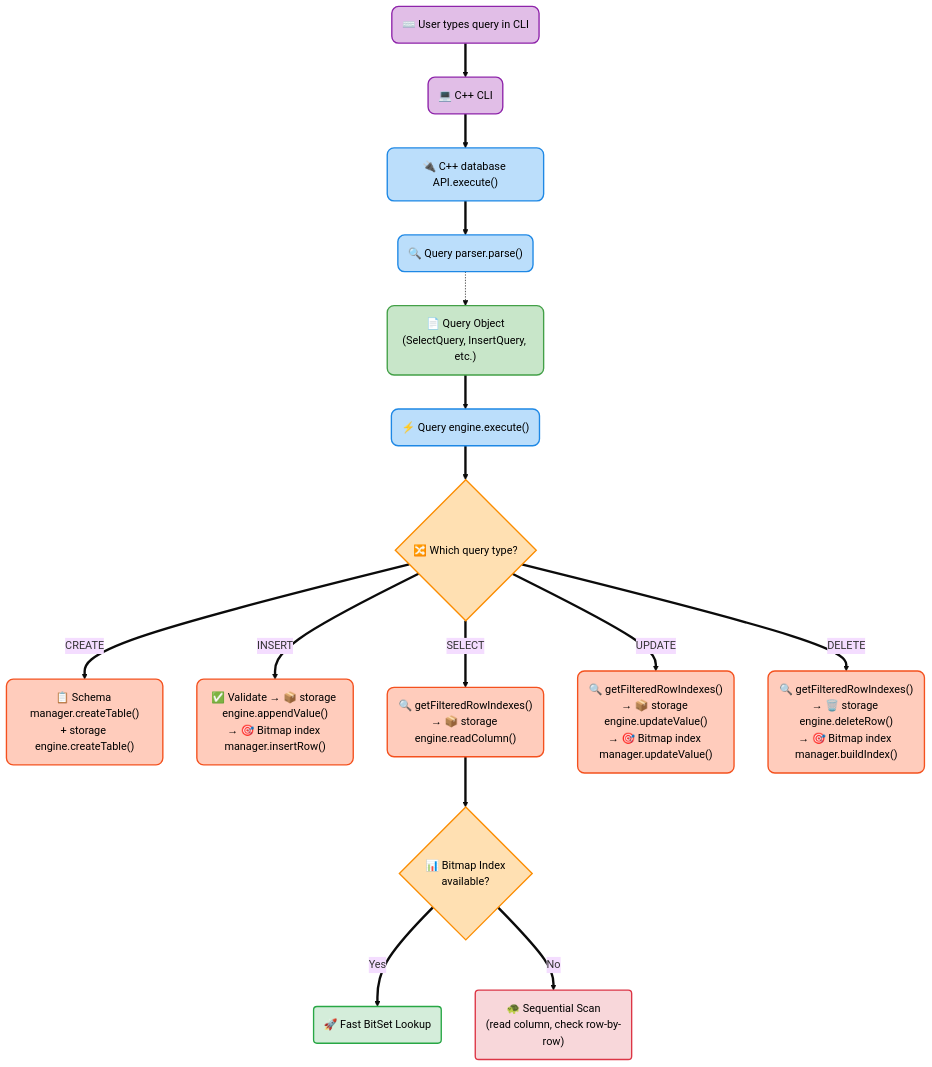
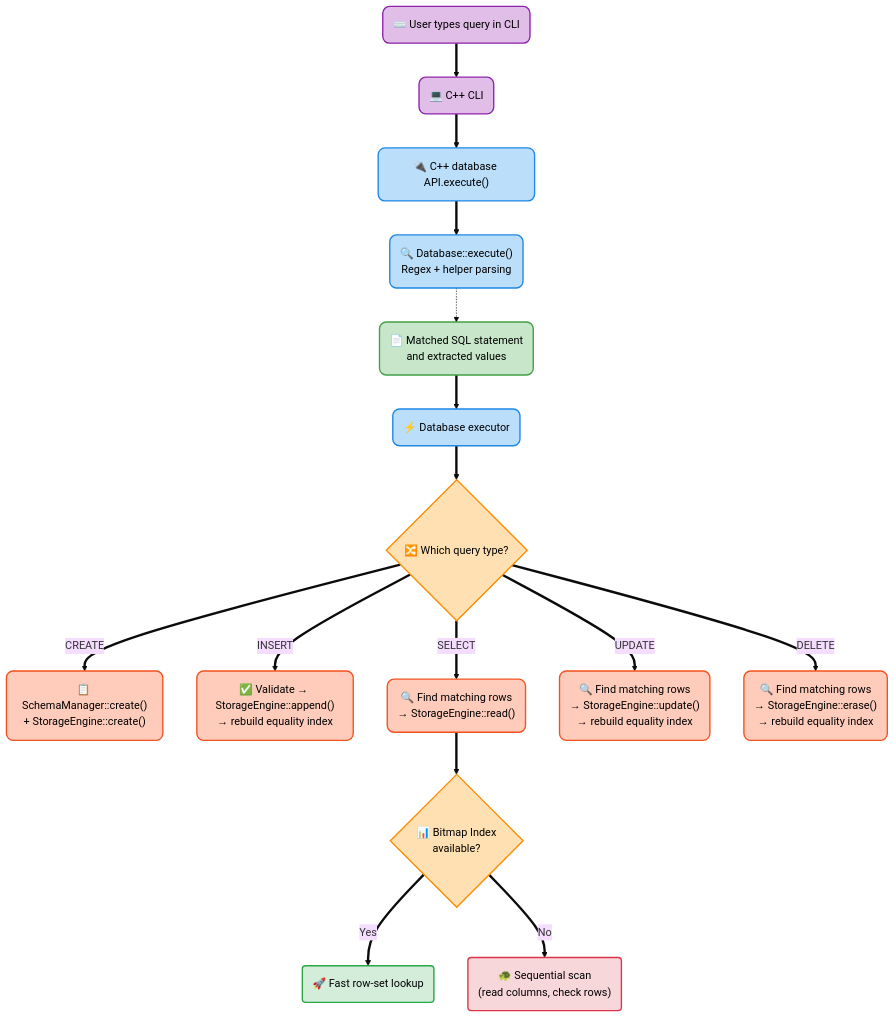
The third of 10 diagrams in README.md (JILSPATEL/Column-Store-Data-Storage-System), drawn with Mermaid (base theme) before and after one commit. The commit also changed other lines of this file and 4 other files, not shown here.

Commit message:
Add pluggable storage engine API

````diff
--- a/README.md
+++ b/README.md
@@ -178,29 +369,29 @@
 ```mermaid
 flowchart TD
     %% Styling
     classDef input fill:#e1bee7,stroke:#8e24aa,stroke-width:2px,color:#000,rx:10,ry:10
     classDef core fill:#bbdefb,stroke:#1e88e5,stroke-width:2px,color:#000,rx:10,ry:10
     classDef query fill:#c8e6c9,stroke:#43a047,stroke-width:2px,color:#000,rx:10,ry:10
     classDef branch fill:#ffe0b2,stroke:#fb8c00,stroke-width:2px,color:#000,rx:10,ry:10
     classDef action fill:#ffccbc,stroke:#f4511e,stroke-width:2px,color:#000,rx:10,ry:10
     classDef success fill:#d4edda,stroke:#28a745,stroke-width:2px,color:#000,rx:5,ry:5
     classDef slow fill:#f8d7da,stroke:#dc3545,stroke-width:2px,color:#000,rx:5,ry:5
 
     A("⌨️ User types query in CLI"):::input ==> B("💻 C++ CLI"):::input
     B ==> C("🔌 C++ database API.execute()"):::core
-    C ==> D("🔍 Query parser.parse()"):::core
-    D -.-> E("📄 Query Object\n(SelectQuery, InsertQuery, etc.)"):::query
-    E ==> F("⚡ Query engine.execute()"):::core
+    C ==> D("🔍 Database::execute()\nRegex + helper parsing"):::core
+    D -.-> E("📄 Matched SQL statement\nand extracted values"):::query
+    E ==> F("⚡ Database executor"):::core
 
     F ==> G{"🔀 Which query type?"}:::branch
 
-    G ==>|CREATE| H("📋 Schema manager.createTable()\n+ storage engine.createTable()"):::action
-    G ==>|INSERT| I("✅ Validate → 📦 storage engine.appendValue()\n→ 🎯 Bitmap index manager.insertRow()"):::action
-    G ==>|SELECT| J("🔍 getFilteredRowIndexes()\n→ 📦 storage engine.readColumn()"):::action
-    G ==>|UPDATE| K("🔍 getFilteredRowIndexes()\n→ 📦 storage engine.updateValue()\n→ 🎯 Bitmap index manager.updateValue()"):::action
-    G ==>|DELETE| L("🔍 getFilteredRowIndexes()\n→ 🗑️ storage engine.deleteRow()\n→ 🎯 Bitmap index manager.buildIndex()"):::action
+    G ==>|CREATE| H("📋 SchemaManager::create()\n+ StorageEngine::create()"):::action
+    G ==>|INSERT| I("✅ Validate → StorageEngine::append()\n→ rebuild equality index"):::action
+    G ==>|SELECT| J("🔍 Find matching rows\n→ StorageEngine::read()"):::action
+    G ==>|UPDATE| K("🔍 Find matching rows\n→ StorageEngine::update()\n→ rebuild equality index"):::action
+    G ==>|DELETE| L("🔍 Find matching rows\n→ StorageEngine::erase()\n→ rebuild equality index"):::action
 
     J ==> M{"📊 Bitmap Index\navailable?"}:::branch
-    M ==>|Yes| N("🚀 Fast BitSet Lookup"):::success
-    M ==>|No| O("🐢 Sequential Scan\n(read column, check row-by-row)"):::slow
+    M ==>|Yes| N("🚀 Fast row-set lookup"):::success
+    M ==>|No| O("🐢 Sequential scan\n(read columns, check rows)"):::slow
 ```
````
